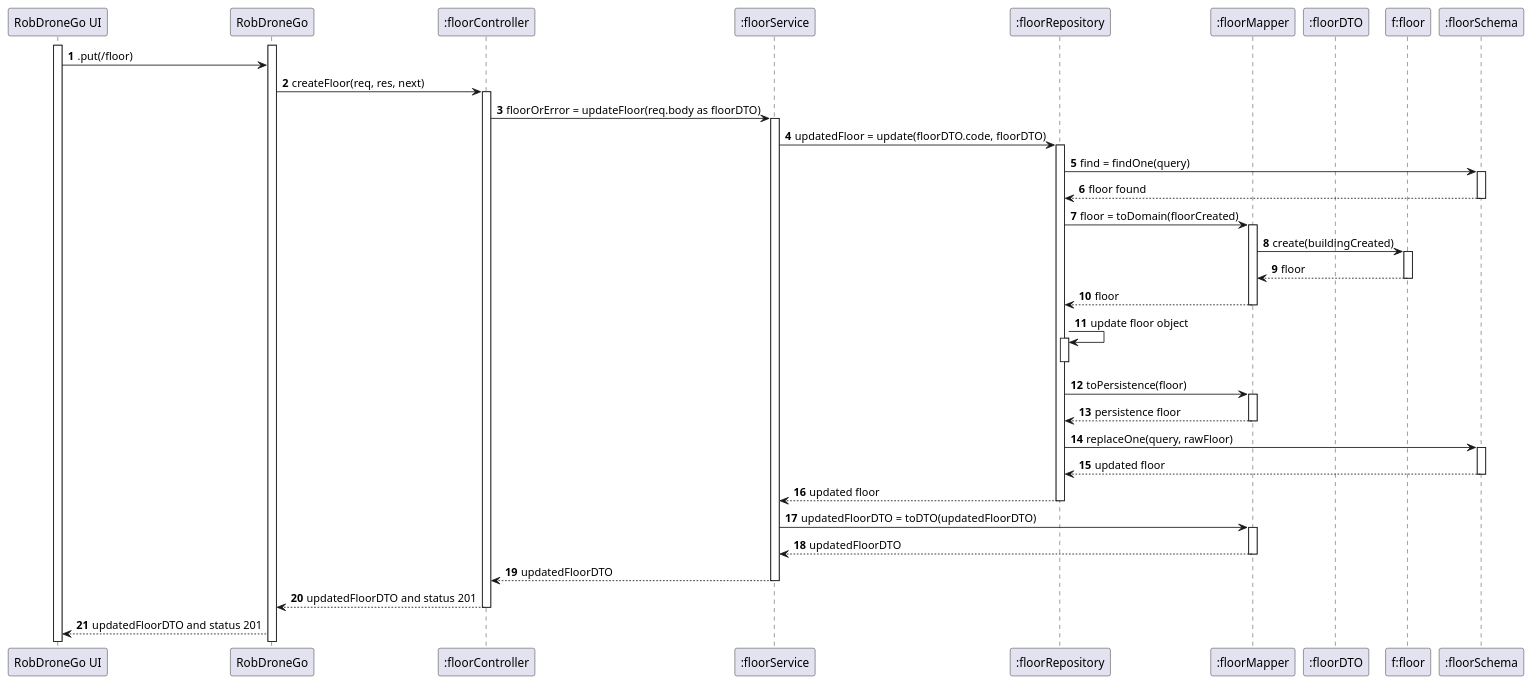
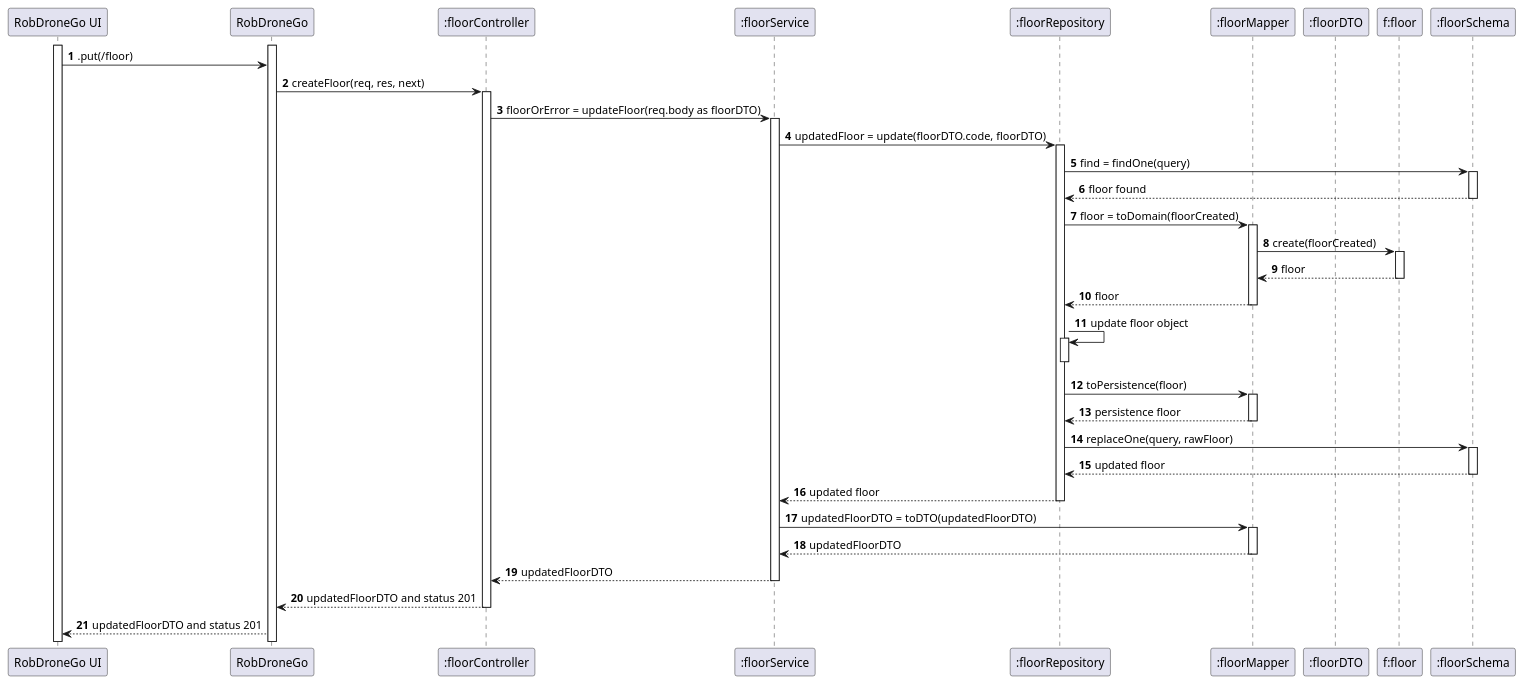
The diagram in wiki/diagramas/nivel3/UC200.puml (Pedro-Teixeira-1211184/SEM_5_PI_2023-2024), drawn with PlantUML before and after one commit. The commit also changed 8 other files, not shown here.

Commit message:
#11 diagrams lvl 1, 2 and 3

```diff
--- a/wiki/diagramas/nivel3/UC200.puml
+++ b/wiki/diagramas/nivel3/UC200.puml
@@ -1,61 +1,61 @@
 @startuml
 
 autonumber
 participant "RobDroneGo UI" as UI
 participant "RobDroneGo" as API
 participant ":floorController" as FC
 participant ":floorService" as FS
 participant ":floorRepository" as FR
 participant ":floorMapper" as FM
 participant ":floorDTO" as DTO
 participant "f:floor" as F
 participant ":floorSchema" as FSchema
 
 
 
 activate UI
 activate API
 UI -> API : .put(/floor)
 API -> FC : createFloor(req, res, next)
 activate FC
 FC -> FS : floorOrError = updateFloor(req.body as floorDTO)
 activate FS
 FS -> FR : updatedFloor = update(floorDTO.code, floorDTO)
 activate FR
 FR -> FSchema : find = findOne(query)
 activate FSchema
 FSchema --> FR : floor found
 deactivate FSchema
 FR -> FM : floor = toDomain(floorCreated)
 activate FM
-FM -> F : create(buildingCreated)
+FM -> F : create(floorCreated)
 activate F
 F --> FM : floor
 deactivate F
 FM --> FR : floor
 deactivate FM
 FR -> FR : update floor object
 activate FR
 deactivate FR
 FR -> FM : toPersistence(floor)
 activate FM
 FM --> FR : persistence floor
 deactivate FM
 FR -> FSchema : replaceOne(query, rawFloor)
 activate FSchema
 FSchema --> FR : updated floor
 deactivate FSchema
 FR --> FS : updated floor
 deactivate FR
 FS -> FM : updatedFloorDTO = toDTO(updatedFloorDTO)
 activate FM
 FM --> FS : updatedFloorDTO
 deactivate FM
 FS --> FC : updatedFloorDTO
 deactivate FS
 FC --> API : updatedFloorDTO and status 201
 deactivate FC
 API --> UI : updatedFloorDTO and status 201
 
 
 @enduml
```
